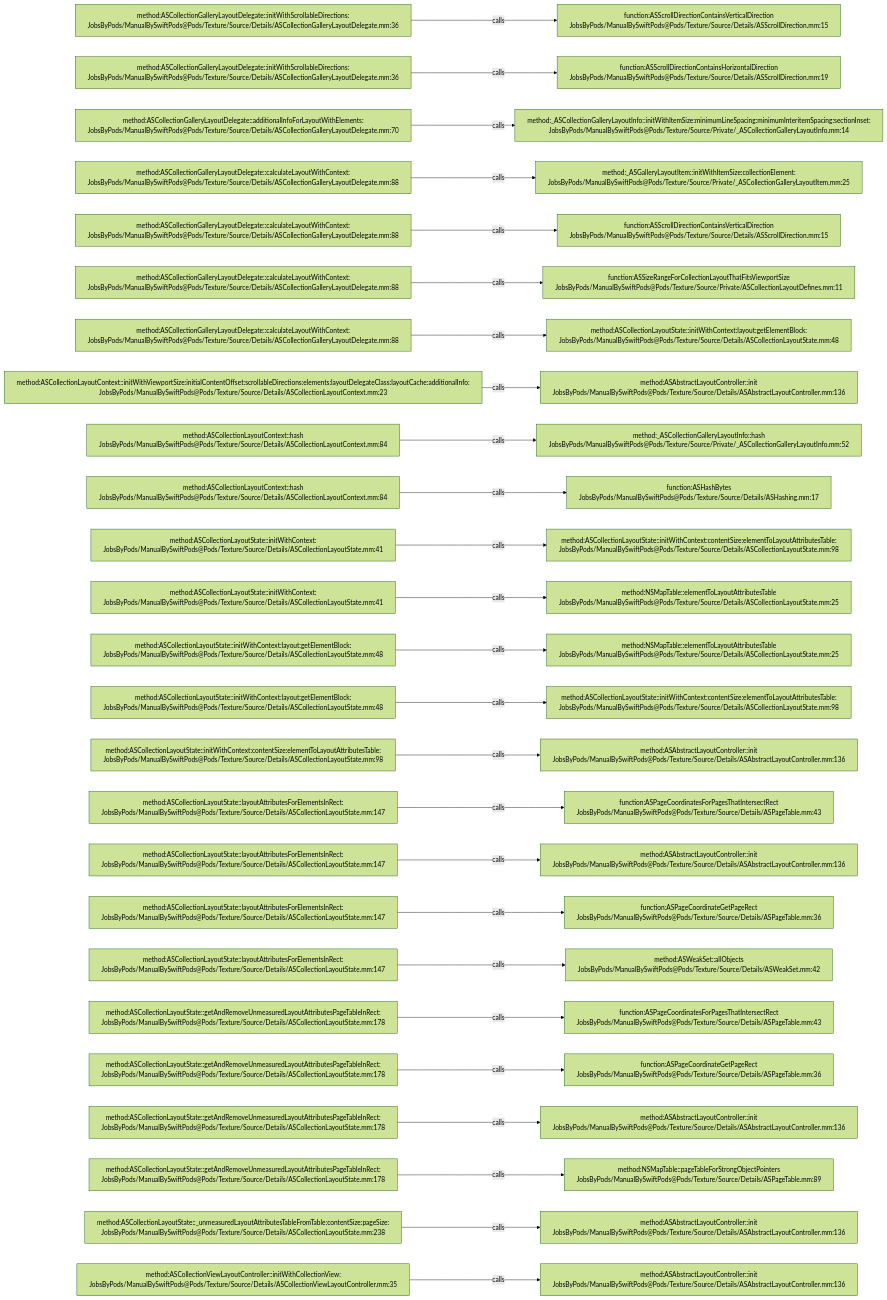
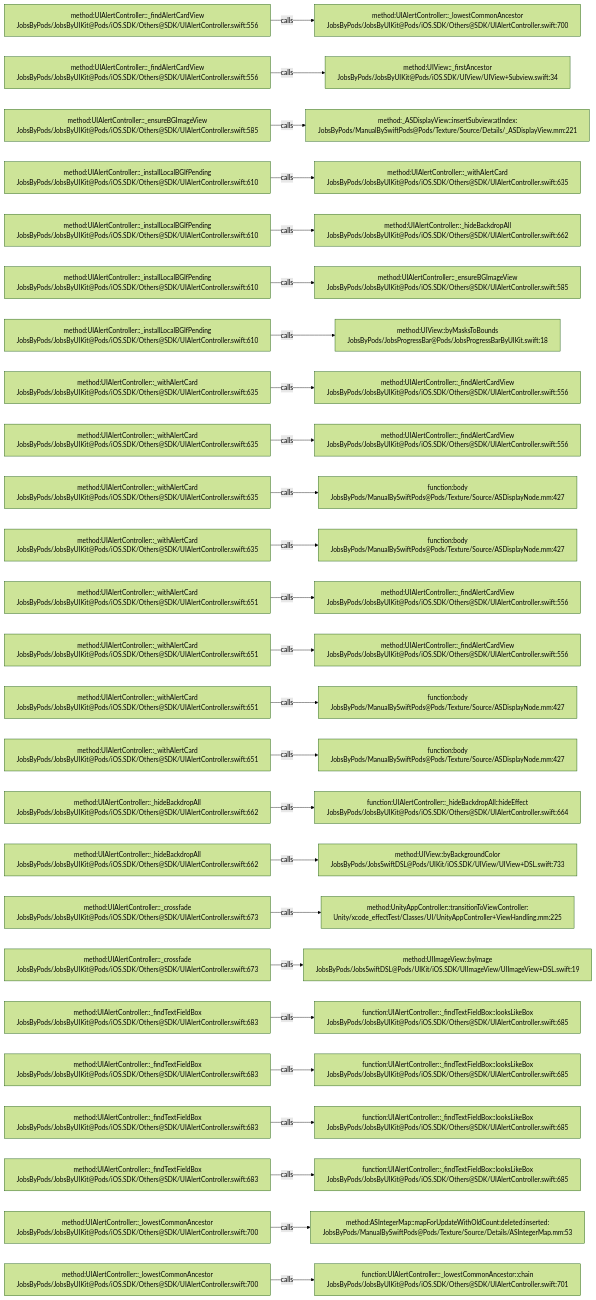
Before and after one commit to JobsKits/JobsSwiftBaseConfigDemo: the diagram in .codegraph/codegraph.md/graphs/calls-083.md, drawn with Mermaid (forest theme). The commit also changed 224 other files, not shown here.

````diff
--- a/.codegraph/codegraph.md/graphs/calls-083.md
+++ b/.codegraph/codegraph.md/graphs/calls-083.md
@@ -13,78 +13,78 @@
 ```mermaid
 flowchart LR
-  S1["method:ASCollectionGalleryLayoutDelegate::initWithScrollableDirections:<br/>JobsByPods/ManualBySwiftPods@Pods/Texture/Source/Details/ASCollectionGalleryLayoutDelegate.mm:36"]
-  T1["function:ASScrollDirectionContainsVerticalDirection<br/>JobsByPods/ManualBySwiftPods@Pods/Texture/Source/Details/ASScrollDirection.mm:15"]
+  S1["method:UIAlertController::_findAlertCardView<br/>JobsByPods/JobsByUIKit@Pods/iOS.SDK/Others@SDK/UIAlertController.swift:556"]
+  T1["method:UIAlertController::_lowestCommonAncestor<br/>JobsByPods/JobsByUIKit@Pods/iOS.SDK/Others@SDK/UIAlertController.swift:700"]
   S1 -->|calls| T1
-  S2["method:ASCollectionGalleryLayoutDelegate::initWithScrollableDirections:<br/>JobsByPods/ManualBySwiftPods@Pods/Texture/Source/Details/ASCollectionGalleryLayoutDelegate.mm:36"]
-  T2["function:ASScrollDirectionContainsHorizontalDirection<br/>JobsByPods/ManualBySwiftPods@Pods/Texture/Source/Details/ASScrollDirection.mm:19"]
+  S2["method:UIAlertController::_findAlertCardView<br/>JobsByPods/JobsByUIKit@Pods/iOS.SDK/Others@SDK/UIAlertController.swift:556"]
+  T2["method:UIView::_firstAncestor<br/>JobsByPods/JobsByUIKit@Pods/iOS.SDK/UIView/UIView+Subview.swift:34"]
   S2 -->|calls| T2
-  S3["method:ASCollectionGalleryLayoutDelegate::additionalInfoForLayoutWithElements:<br/>JobsByPods/ManualBySwiftPods@Pods/Texture/Source/Details/ASCollectionGalleryLayoutDelegate.mm:70"]
-  T3["method:_ASCollectionGalleryLayoutInfo::initWithItemSize:minimumLineSpacing:minimumInteritemSpacing:sectionInset:<br/>JobsByPods/ManualBySwiftPods@Pods/Texture/Source/Private/_ASCollectionGalleryLayoutInfo.mm:14"]
+  S3["method:UIAlertController::_ensureBGImageView<br/>JobsByPods/JobsByUIKit@Pods/iOS.SDK/Others@SDK/UIAlertController.swift:585"]
+  T3["method:_ASDisplayView::insertSubview:atIndex:<br/>JobsByPods/ManualBySwiftPods@Pods/Texture/Source/Details/_ASDisplayView.mm:221"]
   S3 -->|calls| T3
-  S4["method:ASCollectionGalleryLayoutDelegate::calculateLayoutWithContext:<br/>JobsByPods/ManualBySwiftPods@Pods/Texture/Source/Details/ASCollectionGalleryLayoutDelegate.mm:88"]
-  T4["method:_ASGalleryLayoutItem::initWithItemSize:collectionElement:<br/>JobsByPods/ManualBySwiftPods@Pods/Texture/Source/Private/_ASCollectionGalleryLayoutItem.mm:25"]
+  S4["method:UIAlertController::_installLocalBGIfPending<br/>JobsByPods/JobsByUIKit@Pods/iOS.SDK/Others@SDK/UIAlertController.swift:610"]
+  T4["method:UIAlertController::_withAlertCard<br/>JobsByPods/JobsByUIKit@Pods/iOS.SDK/Others@SDK/UIAlertController.swift:635"]
   S4 -->|calls| T4
-  S5["method:ASCollectionGalleryLayoutDelegate::calculateLayoutWithContext:<br/>JobsByPods/ManualBySwiftPods@Pods/Texture/Source/Details/ASCollectionGalleryLayoutDelegate.mm:88"]
-  T5["function:ASScrollDirectionContainsVerticalDirection<br/>JobsByPods/ManualBySwiftPods@Pods/Texture/Source/Details/ASScrollDirection.mm:15"]
+  S5["method:UIAlertController::_installLocalBGIfPending<br/>JobsByPods/JobsByUIKit@Pods/iOS.SDK/Others@SDK/UIAlertController.swift:610"]
+  T5["method:UIAlertController::_hideBackdropAll<br/>JobsByPods/JobsByUIKit@Pods/iOS.SDK/Others@SDK/UIAlertController.swift:662"]
   S5 -->|calls| T5
-  S6["method:ASCollectionGalleryLayoutDelegate::calculateLayoutWithContext:<br/>JobsByPods/ManualBySwiftPods@Pods/Texture/Source/Details/ASCollectionGalleryLayoutDelegate.mm:88"]
-  T6["function:ASSizeRangeForCollectionLayoutThatFitsViewportSize<br/>JobsByPods/ManualBySwiftPods@Pods/Texture/Source/Private/ASCollectionLayoutDefines.mm:11"]
+  S6["method:UIAlertController::_installLocalBGIfPending<br/>JobsByPods/JobsByUIKit@Pods/iOS.SDK/Others@SDK/UIAlertController.swift:610"]
+  T6["method:UIAlertController::_ensureBGImageView<br/>JobsByPods/JobsByUIKit@Pods/iOS.SDK/Others@SDK/UIAlertController.swift:585"]
   S6 -->|calls| T6
-  S7["method:ASCollectionGalleryLayoutDelegate::calculateLayoutWithContext:<br/>JobsByPods/ManualBySwiftPods@Pods/Texture/Source/Details/ASCollectionGalleryLayoutDelegate.mm:88"]
-  T7["method:ASCollectionLayoutState::initWithContext:layout:getElementBlock:<br/>JobsByPods/ManualBySwiftPods@Pods/Texture/Source/Details/ASCollectionLayoutState.mm:48"]
+  S7["method:UIAlertController::_installLocalBGIfPending<br/>JobsByPods/JobsByUIKit@Pods/iOS.SDK/Others@SDK/UIAlertController.swift:610"]
+  T7["method:UIView::byMasksToBounds<br/>JobsByPods/JobsProgressBar@Pods/JobsProgressBarByUIKit.swift:18"]
   S7 -->|calls| T7
-  S8["method:ASCollectionLayoutContext::initWithViewportSize:initialContentOffset:scrollableDirections:elements:layoutDelegateClass:layoutCache:additionalInfo:<br/>JobsByPods/ManualBySwiftPods@Pods/Texture/Source/Details/ASCollectionLayoutContext.mm:23"]
-  T8["method:ASAbstractLayoutController::init<br/>JobsByPods/ManualBySwiftPods@Pods/Texture/Source/Details/ASAbstractLayoutController.mm:136"]
+  S8["method:UIAlertController::_withAlertCard<br/>JobsByPods/JobsByUIKit@Pods/iOS.SDK/Others@SDK/UIAlertController.swift:635"]
+  T8["method:UIAlertController::_findAlertCardView<br/>JobsByPods/JobsByUIKit@Pods/iOS.SDK/Others@SDK/UIAlertController.swift:556"]
   S8 -->|calls| T8
-  S9["method:ASCollectionLayoutContext::hash<br/>JobsByPods/ManualBySwiftPods@Pods/Texture/Source/Details/ASCollectionLayoutContext.mm:84"]
-  T9["method:_ASCollectionGalleryLayoutInfo::hash<br/>JobsByPods/ManualBySwiftPods@Pods/Texture/Source/Private/_ASCollectionGalleryLayoutInfo.mm:52"]
+  S9["method:UIAlertController::_withAlertCard<br/>JobsByPods/JobsByUIKit@Pods/iOS.SDK/Others@SDK/UIAlertController.swift:635"]
+  T9["method:UIAlertController::_findAlertCardView<br/>JobsByPods/JobsByUIKit@Pods/iOS.SDK/Others@SDK/UIAlertController.swift:556"]
   S9 -->|calls| T9
-  S10["method:ASCollectionLayoutContext::hash<br/>JobsByPods/ManualBySwiftPods@Pods/Texture/Source/Details/ASCollectionLayoutContext.mm:84"]
-  T10["function:ASHashBytes<br/>JobsByPods/ManualBySwiftPods@Pods/Texture/Source/Details/ASHashing.mm:17"]
+  S10["method:UIAlertController::_withAlertCard<br/>JobsByPods/JobsByUIKit@Pods/iOS.SDK/Others@SDK/UIAlertController.swift:635"]
+  T10["function:body<br/>JobsByPods/ManualBySwiftPods@Pods/Texture/Source/ASDisplayNode.mm:427"]
   S10 -->|calls| T10
-  S11["method:ASCollectionLayoutState::initWithContext:<br/>JobsByPods/ManualBySwiftPods@Pods/Texture/Source/Details/ASCollectionLayoutState.mm:41"]
-  T11["method:ASCollectionLayoutState::initWithContext:contentSize:elementToLayoutAttributesTable:<br/>JobsByPods/ManualBySwiftPods@Pods/Texture/Source/Details/ASCollectionLayoutState.mm:98"]
+  S11["method:UIAlertController::_withAlertCard<br/>JobsByPods/JobsByUIKit@Pods/iOS.SDK/Others@SDK/UIAlertController.swift:635"]
+  T11["function:body<br/>JobsByPods/ManualBySwiftPods@Pods/Texture/Source/ASDisplayNode.mm:427"]
   S11 -->|calls| T11
-  S12["method:ASCollectionLayoutState::initWithContext:<br/>JobsByPods/ManualBySwiftPods@Pods/Texture/Source/Details/ASCollectionLayoutState.mm:41"]
-  T12["method:NSMapTable::elementToLayoutAttributesTable<br/>JobsByPods/ManualBySwiftPods@Pods/Texture/Source/Details/ASCollectionLayoutState.mm:25"]
+  S12["method:UIAlertController::_withAlertCard<br/>JobsByPods/JobsByUIKit@Pods/iOS.SDK/Others@SDK/UIAlertController.swift:651"]
+  T12["method:UIAlertController::_findAlertCardView<br/>JobsByPods/JobsByUIKit@Pods/iOS.SDK/Others@SDK/UIAlertController.swift:556"]
   S12 -->|calls| T12
-  S13["method:ASCollectionLayoutState::initWithContext:layout:getElementBlock:<br/>JobsByPods/ManualBySwiftPods@Pods/Texture/Source/Details/ASCollectionLayoutState.mm:48"]
-  T13["method:NSMapTable::elementToLayoutAttributesTable<br/>JobsByPods/ManualBySwiftPods@Pods/Texture/Source/Details/ASCollectionLayoutState.mm:25"]
+  S13["method:UIAlertController::_withAlertCard<br/>JobsByPods/JobsByUIKit@Pods/iOS.SDK/Others@SDK/UIAlertController.swift:651"]
+  T13["method:UIAlertController::_findAlertCardView<br/>JobsByPods/JobsByUIKit@Pods/iOS.SDK/Others@SDK/UIAlertController.swift:556"]
   S13 -->|calls| T13
-  S14["method:ASCollectionLayoutState::initWithContext:layout:getElementBlock:<br/>JobsByPods/ManualBySwiftPods@Pods/Texture/Source/Details/ASCollectionLayoutState.mm:48"]
-  T14["method:ASCollectionLayoutState::initWithContext:contentSize:elementToLayoutAttributesTable:<br/>JobsByPods/ManualBySwiftPods@Pods/Texture/Source/Details/ASCollectionLayoutState.mm:98"]
+  S14["method:UIAlertController::_withAlertCard<br/>JobsByPods/JobsByUIKit@Pods/iOS.SDK/Others@SDK/UIAlertController.swift:651"]
+  T14["function:body<br/>JobsByPods/ManualBySwiftPods@Pods/Texture/Source/ASDisplayNode.mm:427"]
   S14 -->|calls| T14
-  S15["method:ASCollectionLayoutState::initWithContext:contentSize:elementToLayoutAttributesTable:<br/>JobsByPods/ManualBySwiftPods@Pods/Texture/Source/Details/ASCollectionLayoutState.mm:98"]
-  T15["method:ASAbstractLayoutController::init<br/>JobsByPods/ManualBySwiftPods@Pods/Texture/Source/Details/ASAbstractLayoutController.mm:136"]
+  S15["method:UIAlertController::_withAlertCard<br/>JobsByPods/JobsByUIKit@Pods/iOS.SDK/Others@SDK/UIAlertController.swift:651"]
+  T15["function:body<br/>JobsByPods/ManualBySwiftPods@Pods/Texture/Source/ASDisplayNode.mm:427"]
   S15 -->|calls| T15
-  S16["method:ASCollectionLayoutState::layoutAttributesForElementsInRect:<br/>JobsByPods/ManualBySwiftPods@Pods/Texture/Source/Details/ASCollectionLayoutState.mm:147"]
-  T16["function:ASPageCoordinatesForPagesThatIntersectRect<br/>JobsByPods/ManualBySwiftPods@Pods/Texture/Source/Details/ASPageTable.mm:43"]
+  S16["method:UIAlertController::_hideBackdropAll<br/>JobsByPods/JobsByUIKit@Pods/iOS.SDK/Others@SDK/UIAlertController.swift:662"]
+  T16["function:UIAlertController::_hideBackdropAll::hideEffect<br/>JobsByPods/JobsByUIKit@Pods/iOS.SDK/Others@SDK/UIAlertController.swift:664"]
   S16 -->|calls| T16
-  S17["method:ASCollectionLayoutState::layoutAttributesForElementsInRect:<br/>JobsByPods/ManualBySwiftPods@Pods/Texture/Source/Details/ASCollectionLayoutState.mm:147"]
-  T17["method:ASAbstractLayoutController::init<br/>JobsByPods/ManualBySwiftPods@Pods/Texture/Source/Details/ASAbstractLayoutController.mm:136"]
+  S17["method:UIAlertController::_hideBackdropAll<br/>JobsByPods/JobsByUIKit@Pods/iOS.SDK/Others@SDK/UIAlertController.swift:662"]
+  T17["method:UIView::byBackgroundColor<br/>JobsByPods/JobsSwiftDSL@Pods/UIKit/iOS.SDK/UIView/UIView+DSL.swift:733"]
   S17 -->|calls| T17
-  S18["method:ASCollectionLayoutState::layoutAttributesForElementsInRect:<br/>JobsByPods/ManualBySwiftPods@Pods/Texture/Source/Details/ASCollectionLayoutState.mm:147"]
-  T18["function:ASPageCoordinateGetPageRect<br/>JobsByPods/ManualBySwiftPods@Pods/Texture/Source/Details/ASPageTable.mm:36"]
+  S18["method:UIAlertController::_crossfade<br/>JobsByPods/JobsByUIKit@Pods/iOS.SDK/Others@SDK/UIAlertController.swift:673"]
+  T18["method:UnityAppController::transitionToViewController:<br/>Unity/xcode_effectTest/Classes/UI/UnityAppController+ViewHandling.mm:225"]
   S18 -->|calls| T18
-  S19["method:ASCollectionLayoutState::layoutAttributesForElementsInRect:<br/>JobsByPods/ManualBySwiftPods@Pods/Texture/Source/Details/ASCollectionLayoutState.mm:147"]
-  T19["method:ASWeakSet::allObjects<br/>JobsByPods/ManualBySwiftPods@Pods/Texture/Source/Details/ASWeakSet.mm:42"]
+  S19["method:UIAlertController::_crossfade<br/>JobsByPods/JobsByUIKit@Pods/iOS.SDK/Others@SDK/UIAlertController.swift:673"]
+  T19["method:UIImageView::byImage<br/>JobsByPods/JobsSwiftDSL@Pods/UIKit/iOS.SDK/UIImageView/UIImageView+DSL.swift:19"]
   S19 -->|calls| T19
-  S20["method:ASCollectionLayoutState::getAndRemoveUnmeasuredLayoutAttributesPageTableInRect:<br/>JobsByPods/ManualBySwiftPods@Pods/Texture/Source/Details/ASCollectionLayoutState.mm:178"]
-  T20["function:ASPageCoordinatesForPagesThatIntersectRect<br/>JobsByPods/ManualBySwiftPods@Pods/Texture/Source/Details/ASPageTable.mm:43"]
+  S20["method:UIAlertController::_findTextFieldBox<br/>JobsByPods/JobsByUIKit@Pods/iOS.SDK/Others@SDK/UIAlertController.swift:683"]
+  T20["function:UIAlertController::_findTextFieldBox::looksLikeBox<br/>JobsByPods/JobsByUIKit@Pods/iOS.SDK/Others@SDK/UIAlertController.swift:685"]
   S20 -->|calls| T20
-  S21["method:ASCollectionLayoutState::getAndRemoveUnmeasuredLayoutAttributesPageTableInRect:<br/>JobsByPods/ManualBySwiftPods@Pods/Texture/Source/Details/ASCollectionLayoutState.mm:178"]
-  T21["function:ASPageCoordinateGetPageRect<br/>JobsByPods/ManualBySwiftPods@Pods/Texture/Source/Details/ASPageTable.mm:36"]
+  S21["method:UIAlertController::_findTextFieldBox<br/>JobsByPods/JobsByUIKit@Pods/iOS.SDK/Others@SDK/UIAlertController.swift:683"]
+  T21["function:UIAlertController::_findTextFieldBox::looksLikeBox<br/>JobsByPods/JobsByUIKit@Pods/iOS.SDK/Others@SDK/UIAlertController.swift:685"]
   S21 -->|calls| T21
-  S22["method:ASCollectionLayoutState::getAndRemoveUnmeasuredLayoutAttributesPageTableInRect:<br/>JobsByPods/ManualBySwiftPods@Pods/Texture/Source/Details/ASCollectionLayoutState.mm:178"]
-  T22["method:ASAbstractLayoutController::init<br/>JobsByPods/ManualBySwiftPods@Pods/Texture/Source/Details/ASAbstractLayoutController.mm:136"]
+  S22["method:UIAlertController::_findTextFieldBox<br/>JobsByPods/JobsByUIKit@Pods/iOS.SDK/Others@SDK/UIAlertController.swift:683"]
+  T22["function:UIAlertController::_findTextFieldBox::looksLikeBox<br/>JobsByPods/JobsByUIKit@Pods/iOS.SDK/Others@SDK/UIAlertController.swift:685"]
   S22 -->|calls| T22
-  S23["method:ASCollectionLayoutState::getAndRemoveUnmeasuredLayoutAttributesPageTableInRect:<br/>JobsByPods/ManualBySwiftPods@Pods/Texture/Source/Details/ASCollectionLayoutState.mm:178"]
-  T23["method:NSMapTable::pageTableForStrongObjectPointers<br/>JobsByPods/ManualBySwiftPods@Pods/Texture/Source/Details/ASPageTable.mm:89"]
+  S23["method:UIAlertController::_findTextFieldBox<br/>JobsByPods/JobsByUIKit@Pods/iOS.SDK/Others@SDK/UIAlertController.swift:683"]
+  T23["function:UIAlertController::_findTextFieldBox::looksLikeBox<br/>JobsByPods/JobsByUIKit@Pods/iOS.SDK/Others@SDK/UIAlertController.swift:685"]
   S23 -->|calls| T23
-  S24["method:ASCollectionLayoutState::_unmeasuredLayoutAttributesTableFromTable:contentSize:pageSize:<br/>JobsByPods/ManualBySwiftPods@Pods/Texture/Source/Details/ASCollectionLayoutState.mm:238"]
-  T24["method:ASAbstractLayoutController::init<br/>JobsByPods/ManualBySwiftPods@Pods/Texture/Source/Details/ASAbstractLayoutController.mm:136"]
+  S24["method:UIAlertController::_lowestCommonAncestor<br/>JobsByPods/JobsByUIKit@Pods/iOS.SDK/Others@SDK/UIAlertController.swift:700"]
+  T24["method:ASIntegerMap::mapForUpdateWithOldCount:deleted:inserted:<br/>JobsByPods/ManualBySwiftPods@Pods/Texture/Source/Details/ASIntegerMap.mm:53"]
   S24 -->|calls| T24
-  S25["method:ASCollectionViewLayoutController::initWithCollectionView:<br/>JobsByPods/ManualBySwiftPods@Pods/Texture/Source/Details/ASCollectionViewLayoutController.mm:35"]
-  T25["method:ASAbstractLayoutController::init<br/>JobsByPods/ManualBySwiftPods@Pods/Texture/Source/Details/ASAbstractLayoutController.mm:136"]
+  S25["method:UIAlertController::_lowestCommonAncestor<br/>JobsByPods/JobsByUIKit@Pods/iOS.SDK/Others@SDK/UIAlertController.swift:700"]
+  T25["function:UIAlertController::_lowestCommonAncestor::chain<br/>JobsByPods/JobsByUIKit@Pods/iOS.SDK/Others@SDK/UIAlertController.swift:701"]
   S25 -->|calls| T25
 ```
````
